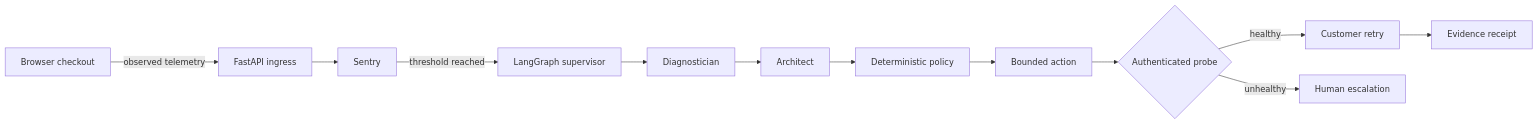
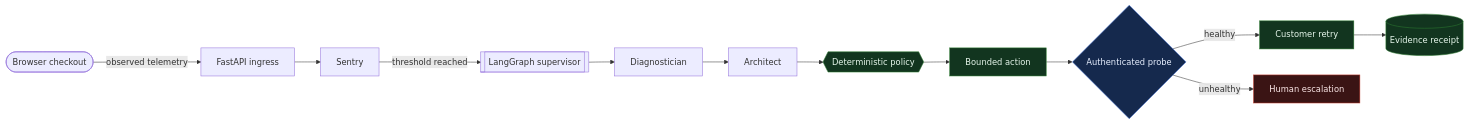
Before and after one commit to codezxsWIN/Aura-Autonomous-Incident-Response: the second of 3 diagrams in README.md, drawn with Mermaid. The commit also changed other lines of this file, not shown here.

````diff
--- a/README.md
+++ b/README.md
@@ -89,14 +118,20 @@
 ```mermaid
 flowchart LR
-    Browser[Browser checkout] -->|observed telemetry| API[FastAPI ingress]
+    Browser([Browser checkout]) -->|observed telemetry| API[FastAPI ingress]
     API --> Sentry[Sentry]
-    Sentry -->|threshold reached| Graph[LangGraph supervisor]
+    Sentry -->|threshold reached| Graph[[LangGraph supervisor]]
     Graph --> Diagnose[Diagnostician]
     Diagnose --> Impact[Architect]
-    Impact --> Policy[Deterministic policy]
+    Impact --> Policy{{Deterministic policy}}
     Policy --> Action[Bounded action]
     Action --> Probe{Authenticated probe}
     Probe -->|healthy| Retry[Customer retry]
     Probe -->|unhealthy| Escalate[Human escalation]
-    Retry --> Receipt[Evidence receipt]
+    Retry --> Receipt[(Evidence receipt)]
+    classDef safe fill:#12351f,stroke:#2E7D32,color:#e7f7ec;
+    classDef gate fill:#15294d,stroke:#3F6FD6,color:#e8f0ff;
+    classDef danger fill:#3a1414,stroke:#c0392b,color:#fce8e8;
+    class Policy,Action,Retry,Receipt safe;
+    class Probe gate;
+    class Escalate danger;
 ```
````
